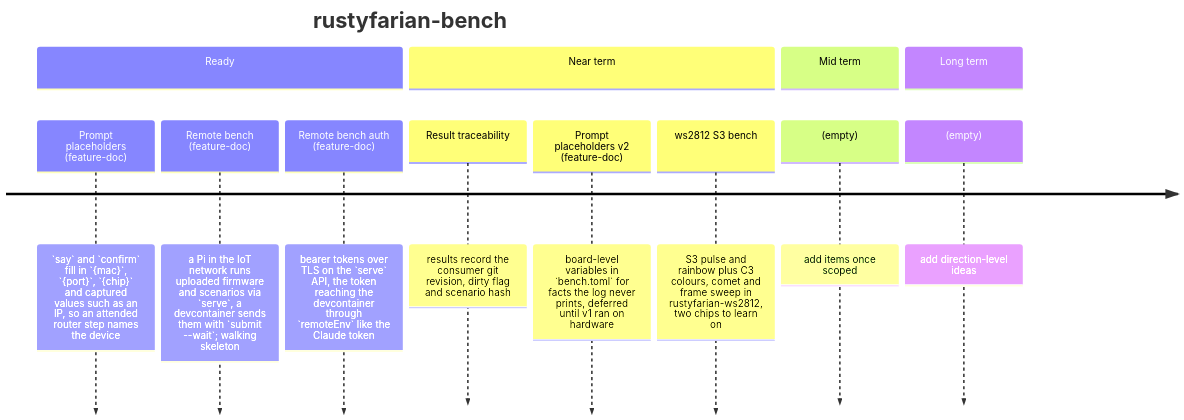
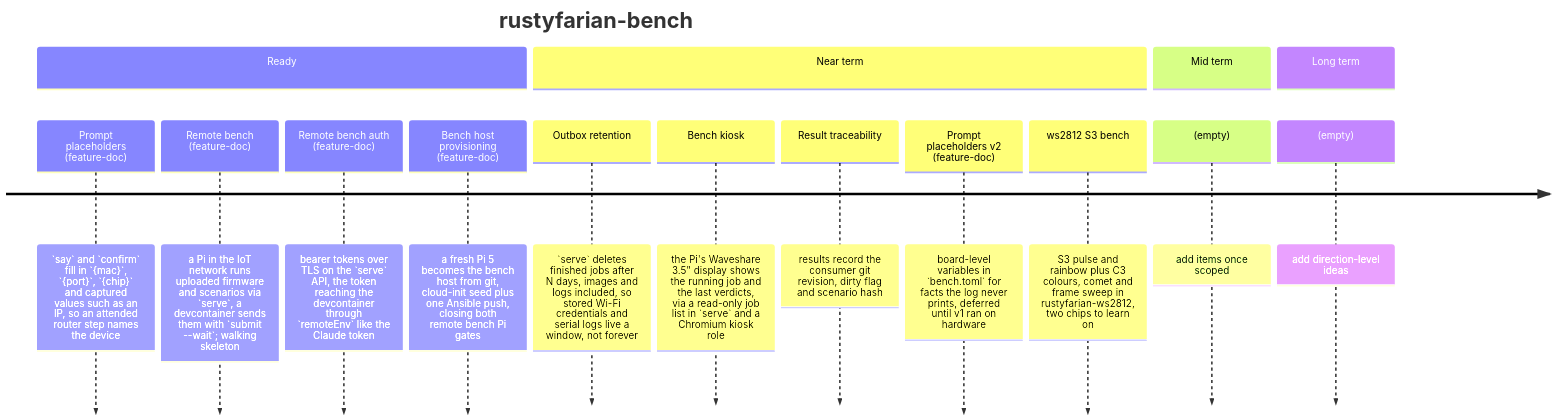
The diagram in docs/ROADMAP.md (datenkollektiv/rustyfarian-bench), drawn with Mermaid before and after one commit. The commit also changed 38 other files, not shown here.

Commit message:
Provision the remote bench on a Raspberry Pi from git

````diff
--- a/docs/ROADMAP.md
+++ b/docs/ROADMAP.md
@@ -8,16 +8,19 @@
 ```mermaid
 timeline
     title rustyfarian-bench
     section Ready
         Prompt placeholders (feature-doc) : `say` and `confirm` fill in `{mac}`, `{port}`, `{chip}` and captured values such as an IP, so an attended router step names the device
         Remote bench (feature-doc) : a Pi in the IoT network runs uploaded firmware and scenarios via `serve`, a devcontainer sends them with `submit --wait`; walking skeleton
         Remote bench auth (feature-doc) : bearer tokens over TLS on the `serve` API, the token reaching the devcontainer through `remoteEnv` like the Claude token
+        Bench host provisioning (feature-doc) : a fresh Pi 5 becomes the bench host from git, cloud-init seed plus one Ansible push, closing both remote bench Pi gates
     section Near term
+        Outbox retention : `serve` deletes finished jobs after N days, images and logs included, so stored Wi-Fi credentials and serial logs live a window, not forever
+        Bench kiosk : the Pi's Waveshare 3.5" display shows the running job and the last verdicts, via a read-only job list in `serve` and a Chromium kiosk role
         Result traceability : results record the consumer git revision, dirty flag and scenario hash
         Prompt placeholders v2 (feature-doc) : board-level variables in `bench.toml` for facts the log never prints, deferred until v1 ran on hardware
         ws2812 S3 bench : S3 pulse and rainbow plus C3 colours, comet and frame sweep in rustyfarian-ws2812, two chips to learn on
     section Mid term
         (empty) : add items once scoped
     section Long term
         (empty) : add direction-level ideas
 ```
````
